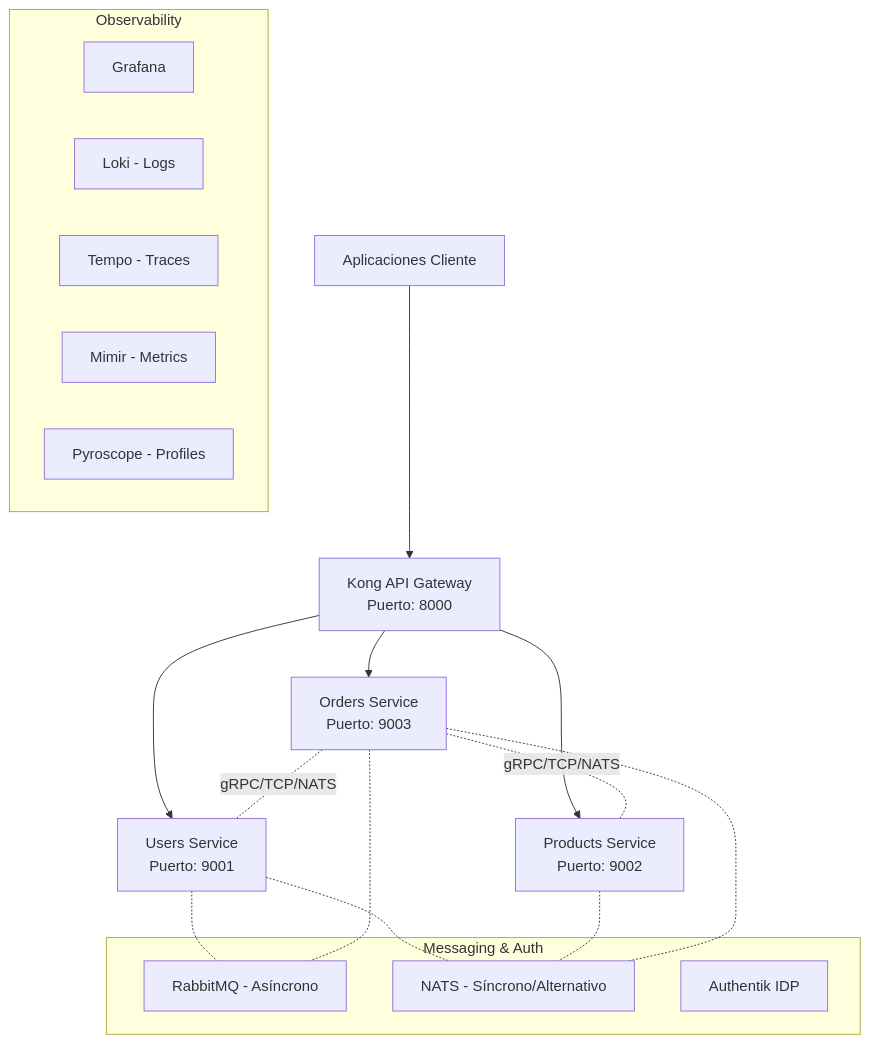
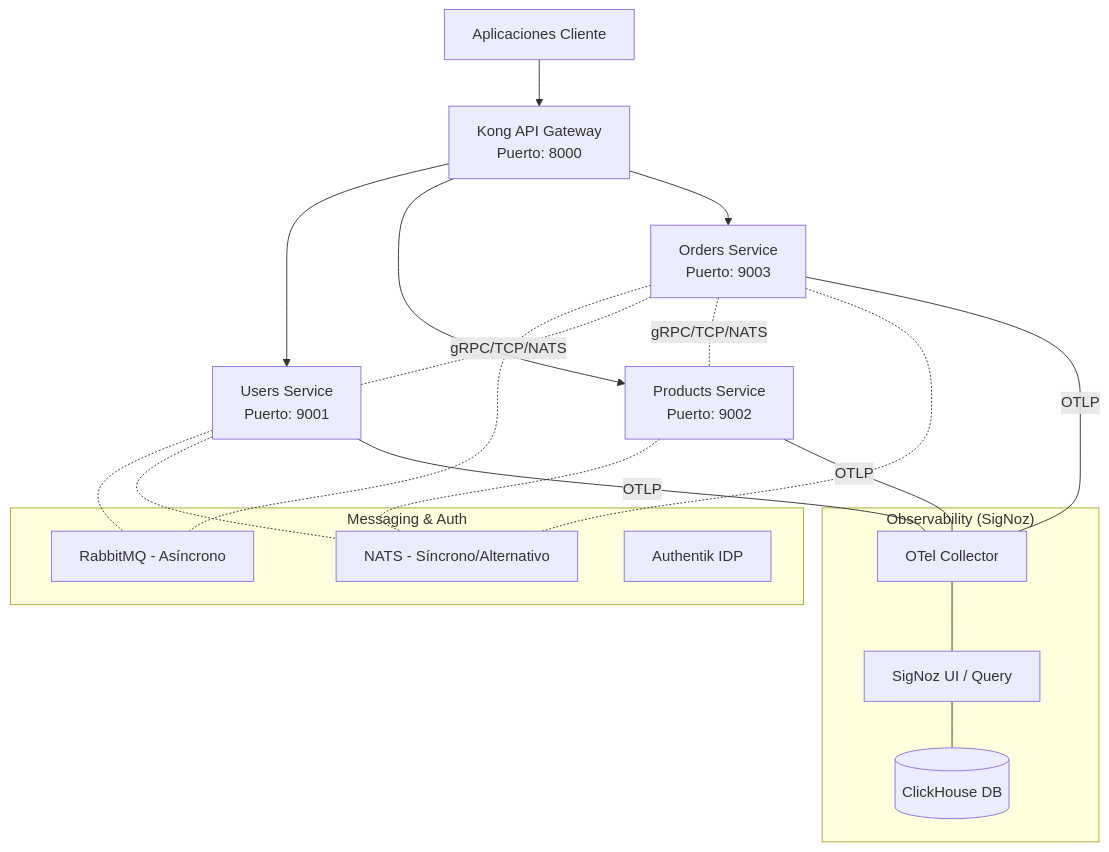
Before and after one commit to bleidertcs/ecommerce-microservices: the diagram in README.md, drawn with Mermaid. The commit also changed other lines of this file and 50 other files, not shown here.

Commit message:
feat: Implement core microservices (users, products, orders), web-app, observability stack, and Kong API gateway.

````diff
--- a/README.md
+++ b/README.md
@@ -27,29 +27,30 @@
 ```mermaid
 graph TB
     Client[Aplicaciones Cliente] --> Kong[Kong API Gateway<br/>Puerto: 8000]
     Kong --> Users[Users Service<br/>Puerto: 9001]
     Kong --> Products[Products Service<br/>Puerto: 9002]
     Kong --> Orders[Orders Service<br/>Puerto: 9003]
 
     subgraph "Messaging & Auth"
         RMQ[RabbitMQ - Asíncrono]
         NATS[NATS - Síncrono/Alternativo]
         AK[Authentik IDP]
     end
 
-    subgraph "Observability"
-        GR[Grafana]
-        LO[Loki - Logs]
-        TE[Tempo - Traces]
-        MI[Mimir - Metrics]
-        PY[Pyroscope - Profiles]
+    subgraph "Observability (SigNoz)"
+        SN[SigNoz UI / Query]
+        OT[OTel Collector]
+        CH[(ClickHouse DB)]
     end
 
     Users-.-RMQ
     Orders-.-RMQ
     Orders-.- |gRPC/TCP/NATS| Users
     Orders-.- |gRPC/TCP/NATS| Products
     Users-.-NATS
     Products-.-NATS
     Orders-.-NATS
+    Users & Products & Orders --- |OTLP| OT
+    OT --- SN
+    SN --- CH
 ```
````
